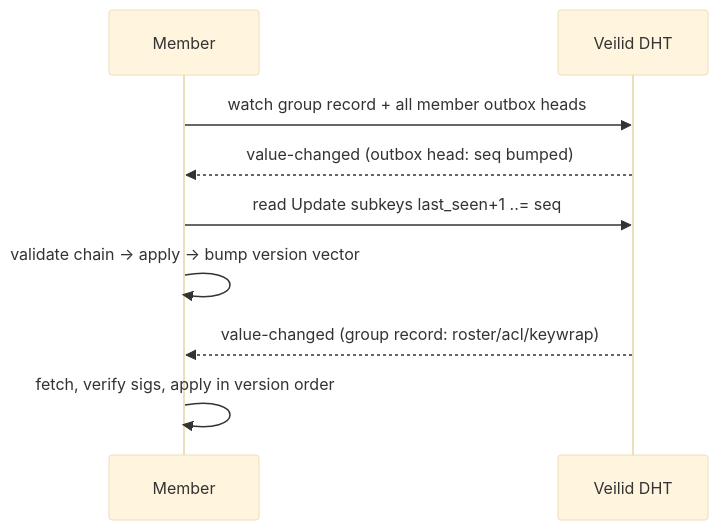
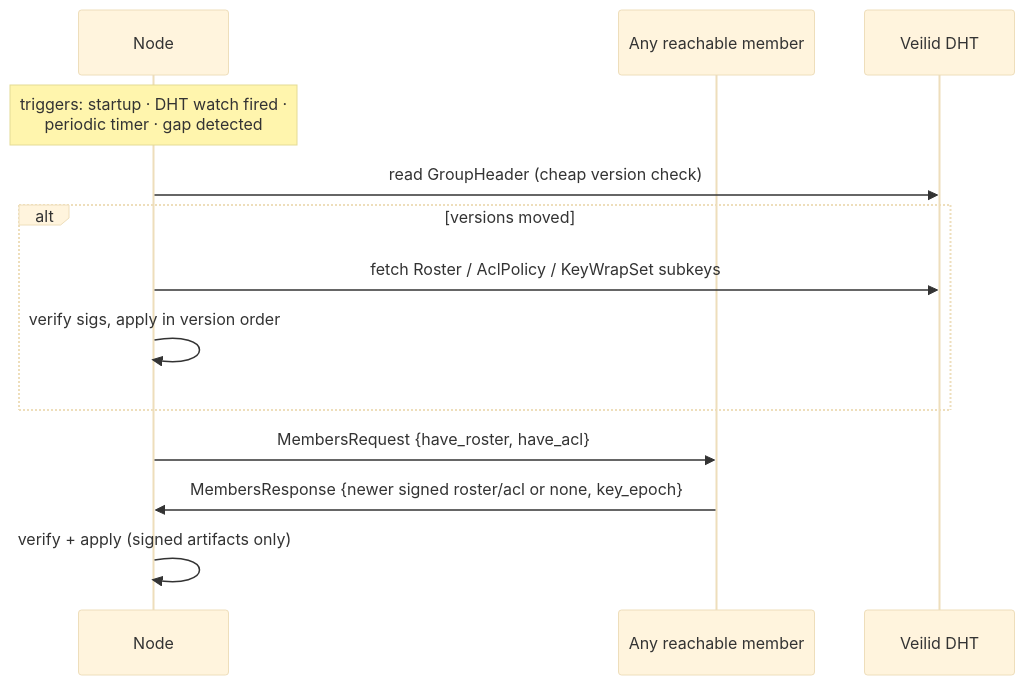
Before and after one commit to xoriors/rmesh: the third of 5 diagrams in docs/04-protocols.md, drawn with Mermaid (base theme). The commit also changed other lines of this file and 6 other files, not shown here.

````diff
--- a/docs/04-protocols.md
+++ b/docs/04-protocols.md
@@ -57,11 +51,15 @@
 ```mermaid
 sequenceDiagram
-    participant M as Member
+    participant N as Node
+    participant M as Any reachable member
     participant D as Veilid DHT
-    M->>D: watch group record + all member outbox heads
-    D-->>M: value-changed (outbox head: seq bumped)
-    M->>D: read Update subkeys last_seen+1 ..= seq
-    M->>M: validate chain → apply → bump version vector
-    D-->>M: value-changed (group record: roster/acl/keywrap)
-    M->>M: fetch, verify sigs, apply in version order
+    Note over N: triggers: startup · DHT watch fired ·<br/>periodic timer · gap detected
+    N->>D: read GroupHeader (cheap version check)
+    alt versions moved
+        N->>D: fetch Roster / AclPolicy / KeyWrapSet subkeys
+        N->>N: verify sigs, apply in version order
+    end
+    N->>M: MembersRequest {have_roster, have_acl}
+    M->>N: MembersResponse {newer signed roster/acl or none, key_epoch}
+    N->>N: verify + apply (signed artifacts only)
 ```
````
